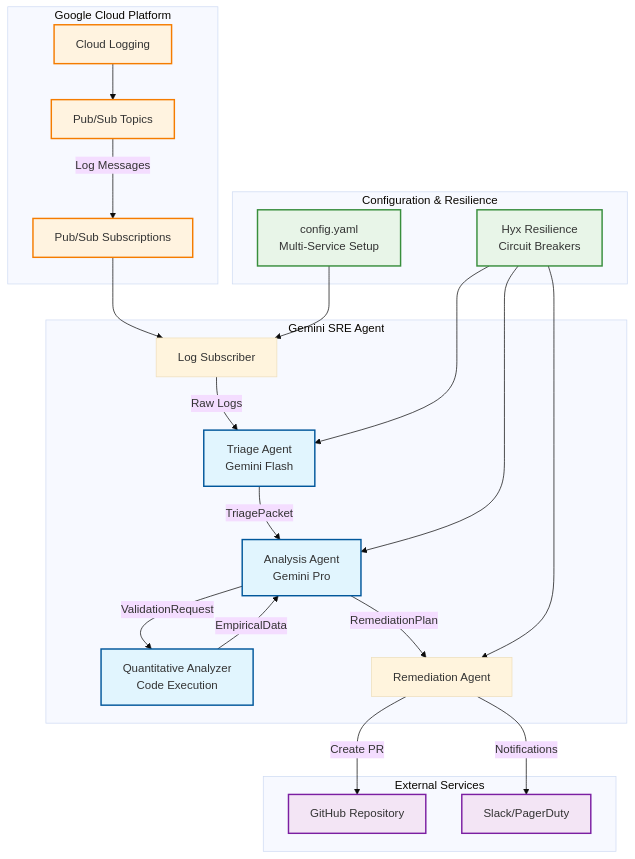
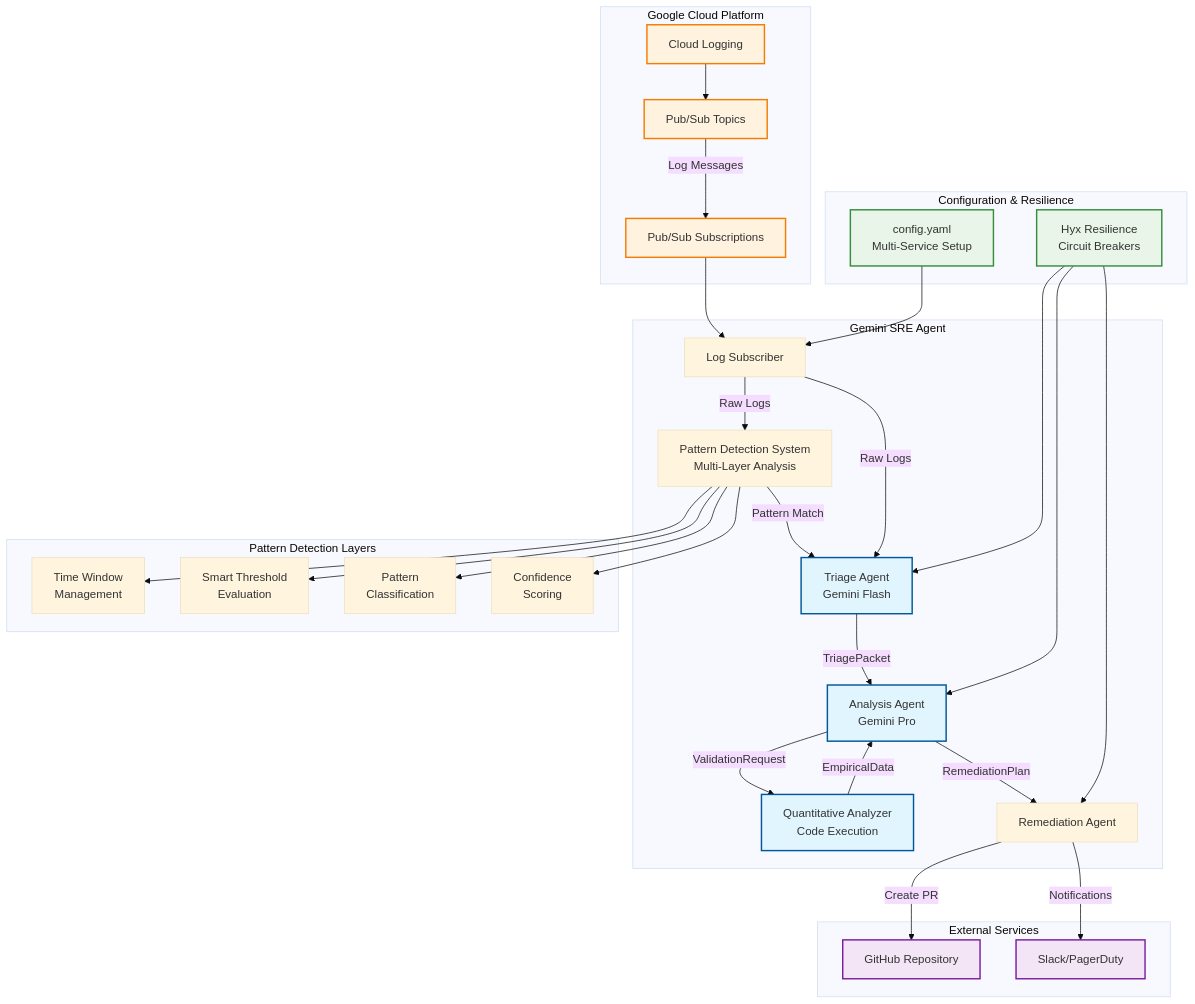
Before and after one commit to khael-kun-cmd/gemini-sre-agent: the diagram in README.md, drawn with Mermaid (base theme). The commit also changed other lines of this file and 1 other file, not shown here.

First line of the commit message:
docs: Update architecture documentation and README with pattern detection system

````diff
--- a/README.md
+++ b/README.md
@@ -21,38 +21,47 @@
 ```mermaid
 graph TB
     subgraph "Google Cloud Platform"
         CL[Cloud Logging] --> PS[Pub/Sub Topics]
         PS --> |Log Messages| SUB[Pub/Sub Subscriptions]
     end
     
     subgraph "Gemini SRE Agent"
         SUB --> LS[Log Subscriber]
-        LS --> |Raw Logs| TA[Triage Agent<br/>Gemini Flash]
+        LS --> |Raw Logs| PD[Pattern Detection System<br/>Multi-Layer Analysis]
+        PD --> |Pattern Match| TA[Triage Agent<br/>Gemini Flash]
+        LS --> |Raw Logs| TA
         TA --> |TriagePacket| AA[Analysis Agent<br/>Gemini Pro]
         AA --> |ValidationRequest| QA[Quantitative Analyzer<br/>Code Execution]
         QA --> |EmpiricalData| AA
         AA --> |RemediationPlan| RA[Remediation Agent]
+    end
+    
+    subgraph "Pattern Detection Layers"
+        PD --> TW[Time Window<br/>Management]
+        PD --> TE[Smart Threshold<br/>Evaluation]
+        PD --> PC[Pattern<br/>Classification]
+        PD --> CS[Confidence<br/>Scoring]
     end
     
     subgraph "External Services"
         RA --> |Create PR| GH[GitHub Repository]
         RA --> |Notifications| SLACK[Slack/PagerDuty]
     end
     
     subgraph "Configuration & Resilience"
         CONFIG[config.yaml<br/>Multi-Service Setup] --> LS
         RESILIENCE[Hyx Resilience<br/>Circuit Breakers] --> TA
         RESILIENCE --> AA
         RESILIENCE --> RA
     end
     
     classDef aiComponent fill:#e1f5fe,stroke:#01579b,stroke-width:2px
     classDef gcpService fill:#fff3e0,stroke:#f57c00,stroke-width:2px
     classDef external fill:#f3e5f5,stroke:#7b1fa2,stroke-width:2px
     classDef config fill:#e8f5e8,stroke:#388e3c,stroke-width:2px
     
     class TA,AA,QA aiComponent
     class CL,PS,SUB gcpService
     class GH,SLACK external
     class CONFIG,RESILIENCE config
 ```
````
